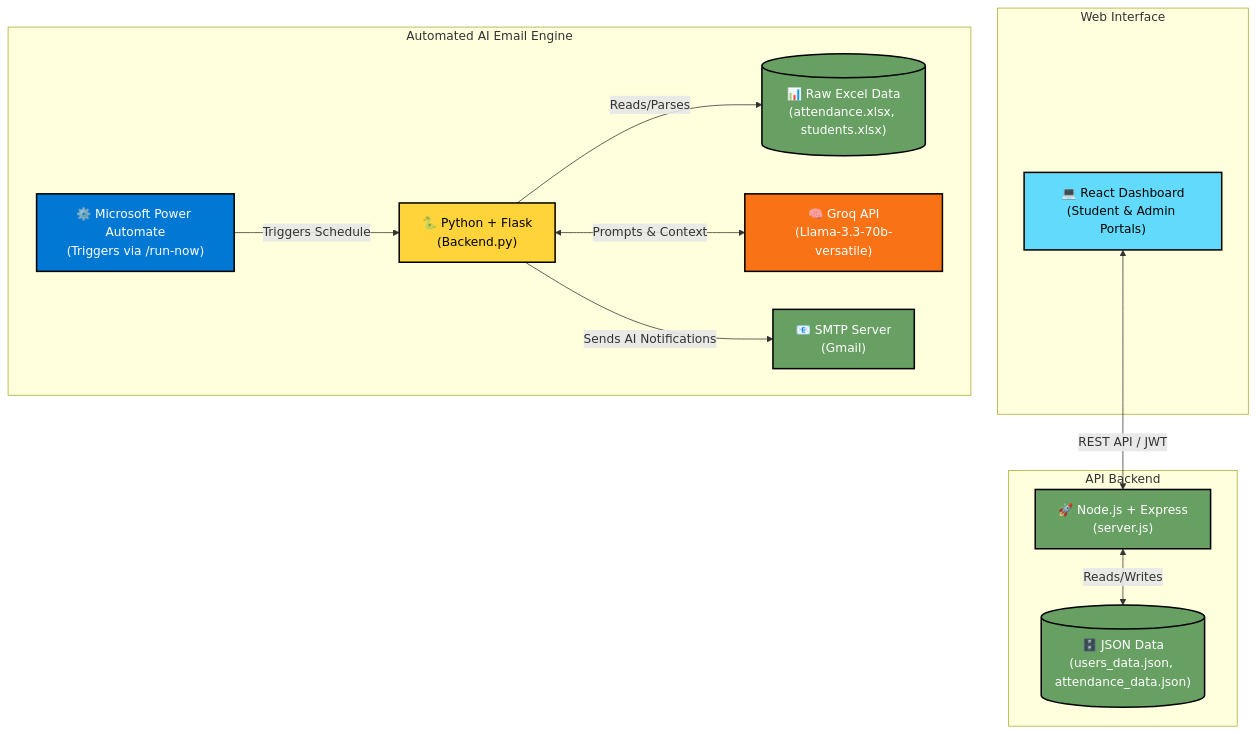
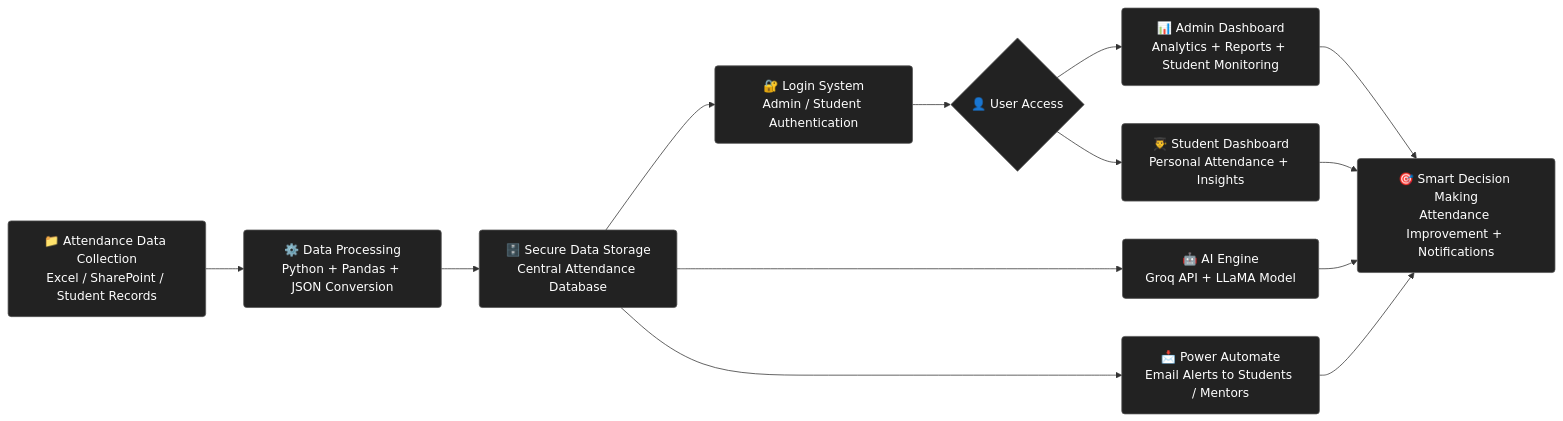
The diagram in README.md (SriLakshmiSoujanya/AttendInsights), drawn with Mermaid before and after one commit.

Commit message:
Update architecture flowchart to match provided design

````diff
--- a/README.md
+++ b/README.md
@@ -40,41 +40,43 @@
 ```mermaid
-graph TD
-    subgraph Web Interface
-        React["💻 React Dashboard<br/>(Student & Admin Portals)"]
-    end
+graph LR
+    %% Nodes
+    A["📁 Attendance Data Collection<br/>Excel / SharePoint / Student Records"]
+    B["⚙️ Data Processing<br/>Python + Pandas + JSON Conversion"]
+    C["🗄️ Secure Data Storage<br/>Central Attendance Database"]
+    
+    D["🔐 Login System<br/>Admin / Student Authentication"]
+    E{"👤 User Access"}
+    
+    F["📊 Admin Dashboard<br/>Analytics + Reports + Student Monitoring"]
+    G["👨‍🎓 Student Dashboard<br/>Personal Attendance + Insights"]
+    
+    H["🤖 AI Engine<br/>Groq API + LLaMA Model"]
+    I["📩 Power Automate<br/>Email Alerts to Students / Mentors"]
+    
+    J["🎯 Smart Decision Making<br/>Attendance Improvement + Notifications"]
 
-    subgraph API Backend
-        Express["🚀 Node.js + Express<br/>(server.js)"]
-        JSON[("🗄️ JSON Data<br/>(users_data.json, attendance_data.json)")]
-    end
+    %% Edges
+    A --> B
+    B --> C
+    
+    C --> D
+    C --> H
+    C --> I
+    
+    D --> E
+    
+    E --> F
+    E --> G
+    
+    F --> J
+    G --> J
+    H --> J
+    I --> J
 
-    subgraph Automated AI Email Engine
-        Flask["🐍 Python + Flask<br/>(Backend.py)"]
-        PowerAutomate["⚙️ Microsoft Power Automate<br/>(Triggers via /run-now)"]
-        Excel[("📊 Raw Excel Data<br/>(attendance.xlsx, students.xlsx)")]
-        Groq["🧠 Groq API<br/>(Llama-3.3-70b-versatile)"]
-        SMTP["📧 SMTP Server<br/>(Gmail)"]
-    end
-
-    %% Connections
-    React <-->|REST API / JWT| Express
-    Express <-->|Reads/Writes| JSON
+    %% Styling to match the provided dark theme image
+    classDef darkBox fill:#222,stroke:#555,stroke-width:1px,color:#fff,rx:4,ry:4;
+    classDef diamondBox fill:#222,stroke:#555,stroke-width:1px,color:#fff;
     
-    PowerAutomate -->|Triggers Schedule| Flask
-    Flask -->|Reads/Parses| Excel
-    Flask <-->|Prompts & Context| Groq
-    Flask -->|Sends AI Notifications| SMTP
-
-    %% Styling
-    classDef react fill:#61dafb,stroke:#000,stroke-width:2px,color:#000;
-    classDef node fill:#68a063,stroke:#000,stroke-width:2px,color:#fff;
-    classDef python fill:#ffd43b,stroke:#000,stroke-width:2px,color:#000;
-    classDef ai fill:#f97316,stroke:#000,stroke-width:2px,color:#fff;
-    classDef trigger fill:#0078d4,stroke:#000,stroke-width:2px,color:#fff;
-    
-    class React react;
-    class Express node;
-    class Flask python;
-    class Groq ai;
-    class PowerAutomate trigger;
+    class A,B,C,D,F,G,H,I,J darkBox;
+    class E diamondBox;
 ```
````
